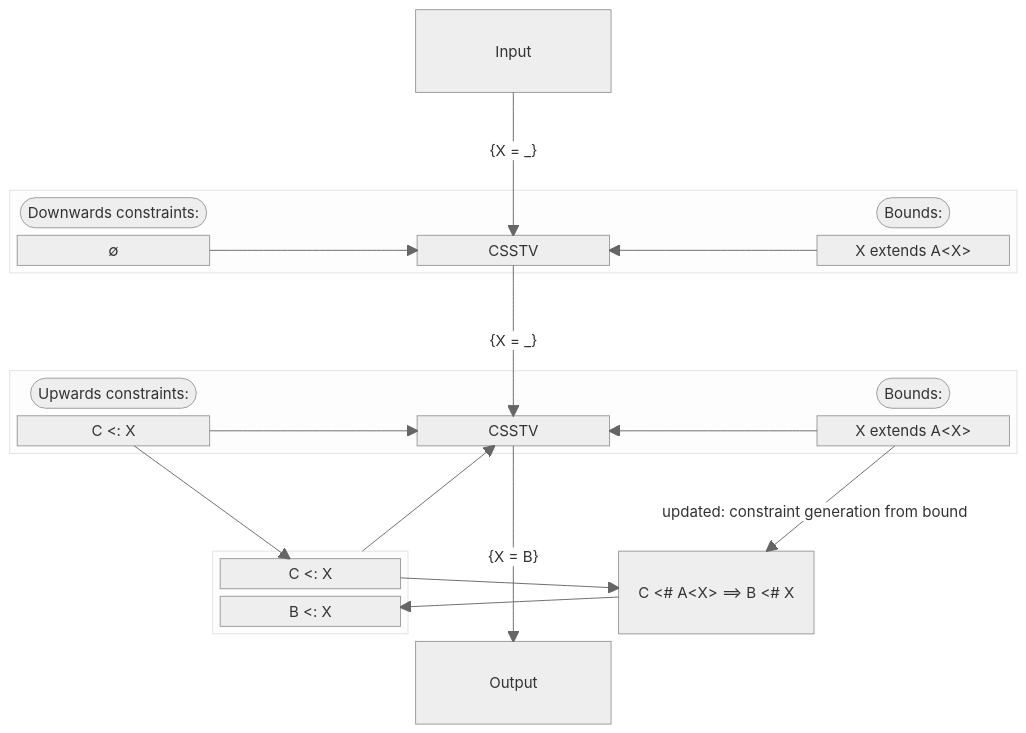
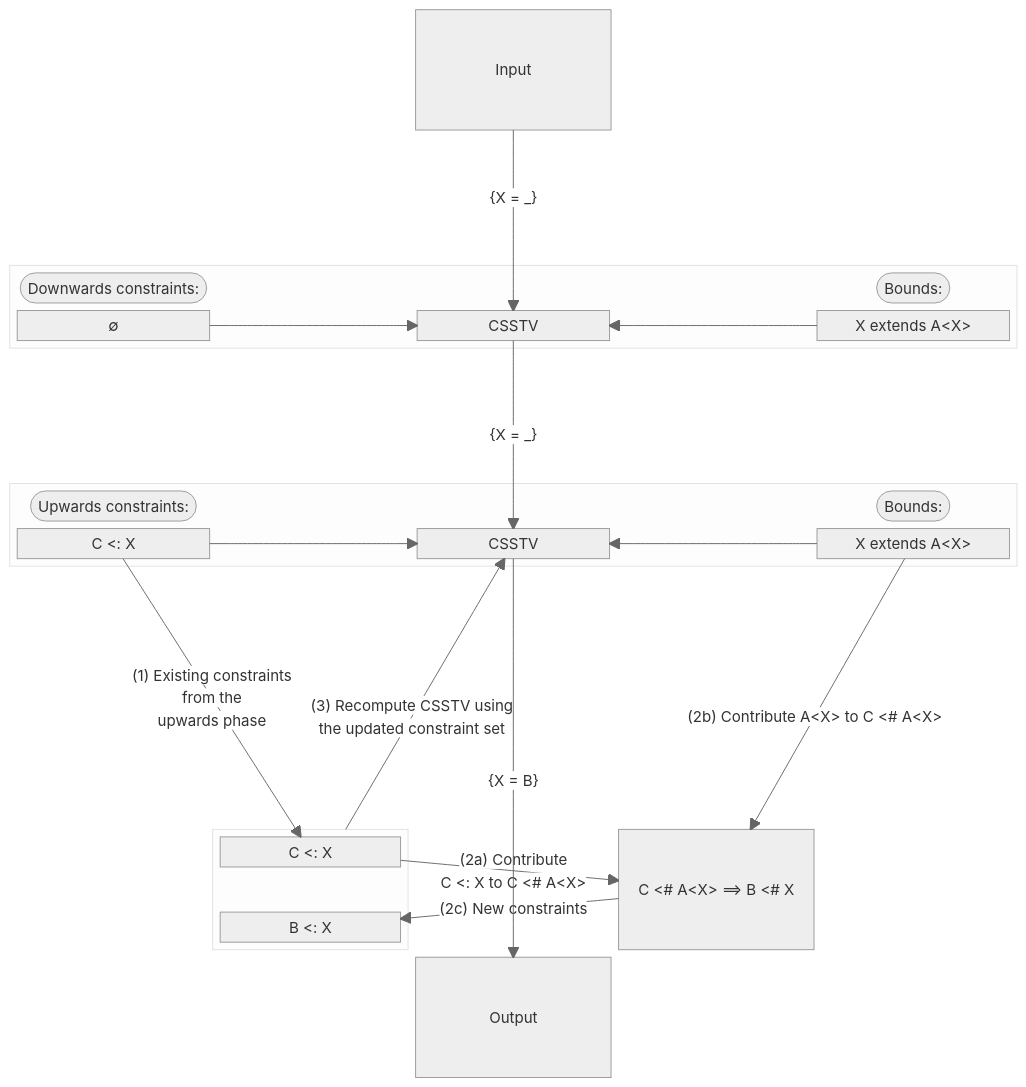
One commit to dart-lang/language changed the fourth of 4 diagrams in accepted/future-releases/3009-inference-using-bounds/design-document.md. Above: the diagram before and after it, drawn with Mermaid (neutral theme). The commit also changed other lines of this file, not shown here.

Commit message:
Add a clarifying paragraph and explanations for another diagram

````diff
--- a/accepted/future-releases/3009-inference-using-bounds/design-document.md
+++ b/accepted/future-releases/3009-inference-using-bounds/design-document.md
@@ -465,73 +472,74 @@
 ```mermaid
 block-beta
   columns 5
 
   space:2
   overallInput["Input"]
   space:2
 
   space:5
 
   block:downwards:5
     columns 5
 
     commentDownwardsConstraints(["Downwards constraints:"])
     space:3
     commentDownwardsBounds(["Bounds:"])
 
     constraintsDownwards["∅"]
     space
     csstvDownwards["CSSTV"]
     space
     boundsDownwards["X extends A&lt;X&gt;"]
   end
 
   space:5
 
   block:upwards:5
     columns 5
 
     commentUpwardsConstraints(["Upwards constraints:"])
     space:3
     commentUpwardsBounds(["Bounds:"])
 
     constraintsUpwards["C <: X"]
     space
     csstvUpwards["CSSTV"]
     space
     boundsUpwards["X extends A&lt;X&gt;"]
   end
 
-  space:5
+  space:10
 
   space
   block:constraintsUpwardsUpdated:1
     columns 1
     constraintUpwards2["C <: X"]
+    space
     constraintUpwards1["B <: X"]
   end
   space
   constraintGeneration["C <# A&lt;X&gt; ==> B <# X"]
   space
 
   space:2
   overallOutput["Output"]
   space:2
 
   overallInput -- "{X = _}"--> csstvDownwards
 
   constraintsDownwards --> csstvDownwards
   boundsDownwards --> csstvDownwards
   csstvDownwards -- "{X = _}" --> csstvUpwards
 
-  constraintGeneration --> constraintUpwards1
-  constraintUpwards2 --> constraintGeneration
+  constraintGeneration -- "(2c) New constraints" --> constraintUpwards1
+  constraintUpwards2 -- "(2a) Contribute\nC <: X to C <# A&lt;X&gt;" --> constraintGeneration
 
-  constraintsUpwards --> constraintUpwards2
+  constraintsUpwards -- "(1) Existing constraints\nfrom the\nupwards phase" --> constraintUpwards2
   constraintsUpwards --> csstvUpwards
   boundsUpwards --> csstvUpwards
-  boundsUpwards -- "updated: constraint generation from bound" --> constraintGeneration
-  constraintsUpwardsUpdated --> csstvUpwards
+  boundsUpwards -- "(2b) Contribute A&lt;X&gt; to C <# A&lt;X&gt;\n" --> constraintGeneration
+  constraintsUpwardsUpdated -- "(3) Recompute CSSTV using\nthe updated constraint set" --> csstvUpwards
 
   csstvUpwards -- "{X = B}" --> overallOutput
 ```
````
